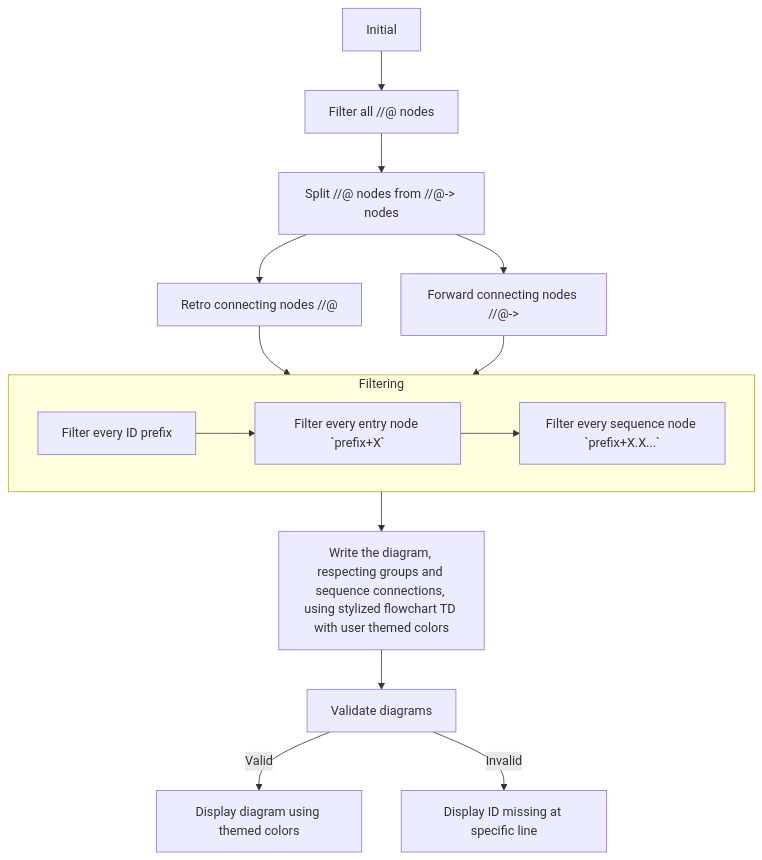
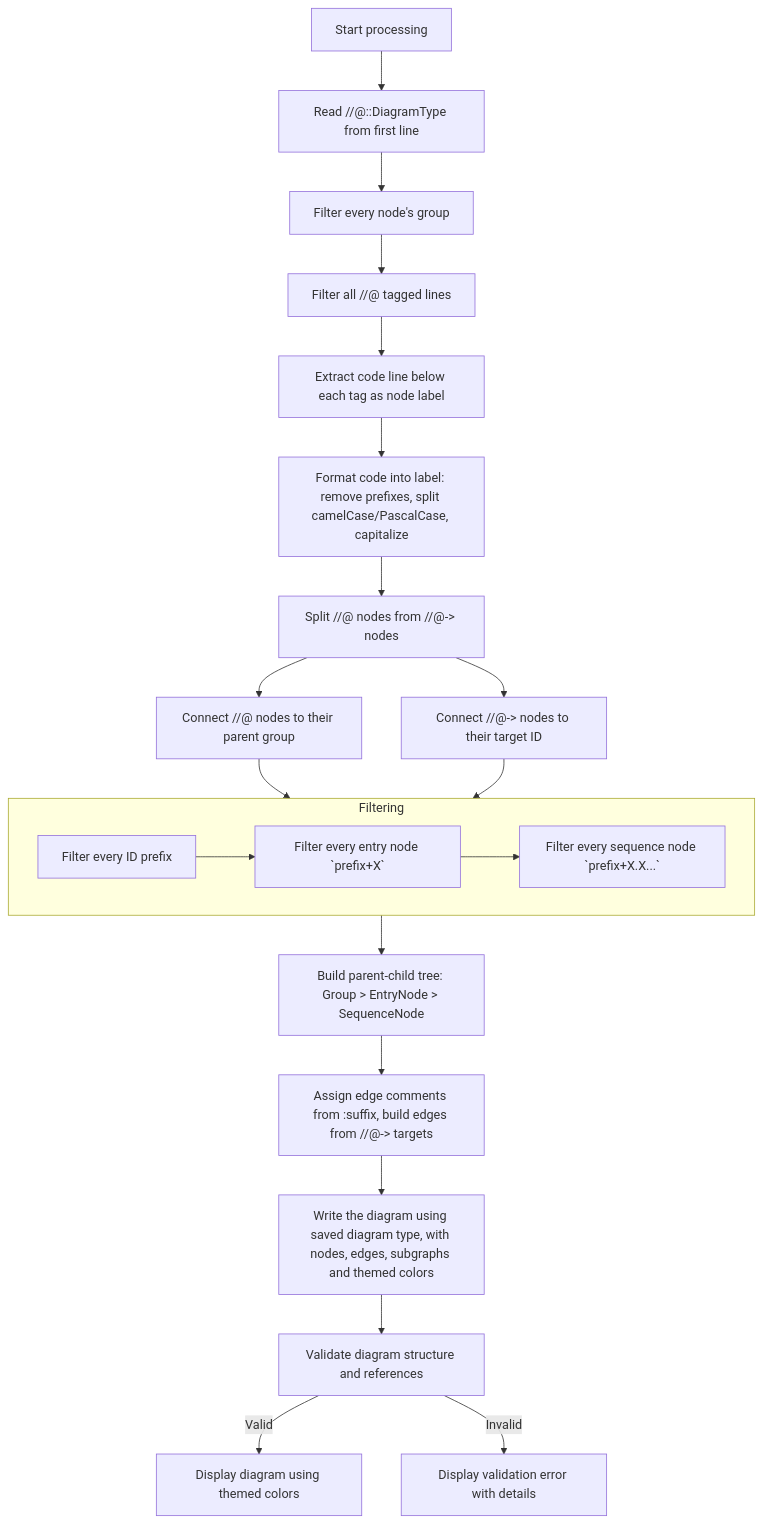
Before and after one commit to JulioCRFilho/mddd-extension: the first of 2 diagrams in plan.md, drawn with Mermaid. The commit also changed other lines of this file and 1 other file, not shown here.

First line of the commit message:
docs: refine plan for tag processing and diagram generation

````diff
--- a/plan.md
+++ b/plan.md
@@ -1,21 +1,29 @@
 ```mermaid
     flowchart TD
 
-    Initial --> FilterNodes[Filter all //@ nodes]
-    FilterNodes --> SplitTypes[Split //@ nodes from //@-> nodes]
-    SplitTypes --> RetroPointers[Retro connecting nodes //@]
+    Initial[Start processing] --> ReadDiagramType[Read //@::DiagramType from first line]
+    ReadDiagramType --> FilterGroups[Filter every node's group]
+    FilterGroups --> FilterNodes[Filter all //@ tagged lines]
+    FilterNodes --> ExtractCode[Extract code line below each tag as node label]
+    ExtractCode --> FormatLabel[Format code into label: remove prefixes, split camelCase/PascalCase, capitalize]
+    FormatLabel --> SplitTypes[Split //@ nodes from //@-> nodes]
+    
+    SplitTypes --> RetroPointers[Connect //@ nodes to their parent group]
     RetroPointers --> Filtering
     
-    SplitTypes --> ForwardPointers[Forward connecting nodes //@->]
+    SplitTypes --> ForwardPointers[Connect //@-> nodes to their target ID]
     ForwardPointers --> Filtering
-    Filtering --> WriteDiagram[Write the diagram, respecting groups and sequence connections, using stylized flowchart TD with user themed colors] 
-    WriteDiagram --> Validate[Validate diagrams]
+    
+    Filtering --> BuildHierarchy[Build parent-child tree: Group > EntryNode > SequenceNode]
+    BuildHierarchy --> AssignConnections[Assign edge comments from :suffix, build edges from //@-> targets]
+    AssignConnections --> WriteDiagram[Write the diagram using saved diagram type, with nodes, edges, subgraphs and themed colors]
+    WriteDiagram --> Validate[Validate diagram structure and references]
     Validate --> |Valid|Display[Display diagram using themed colors]
-    Validate --> |Invalid|Invalid[Display ID missing at specific line]
+    Validate --> |Invalid|Error[Display validation error with details]
     
     subgraph Filtering
-        FilterGroups[Filter every ID prefix]
-        FilterGroups --> FilterPrefix[Filter every entry node `prefix+X`]
-        FilterPrefix --> FilterSequences[Filter every sequence node `prefix+X.X...`]
+        FilterPrefix[Filter every ID prefix]
+        FilterPrefix --> FilterEntryNodes[Filter every entry node `prefix+X`]
+        FilterEntryNodes --> FilterSequences[Filter every sequence node `prefix+X.X...`]
     end
 ```
````
